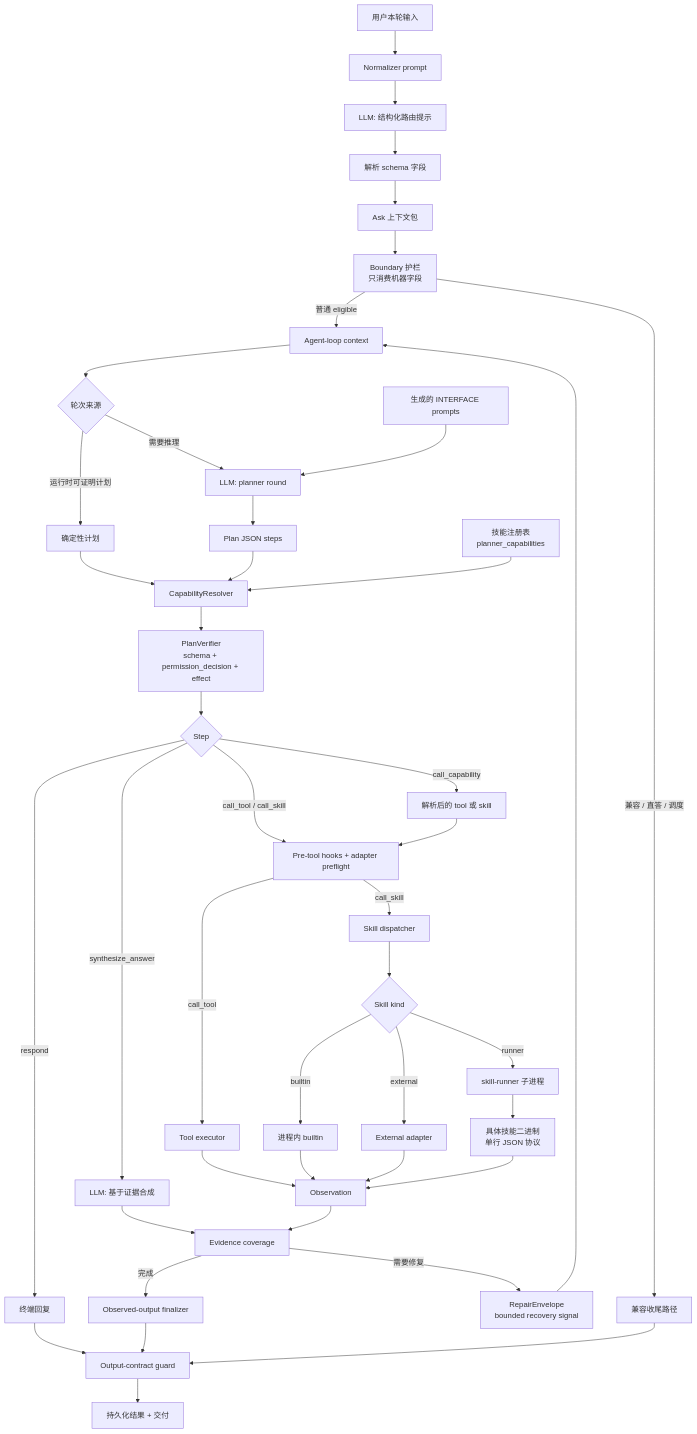
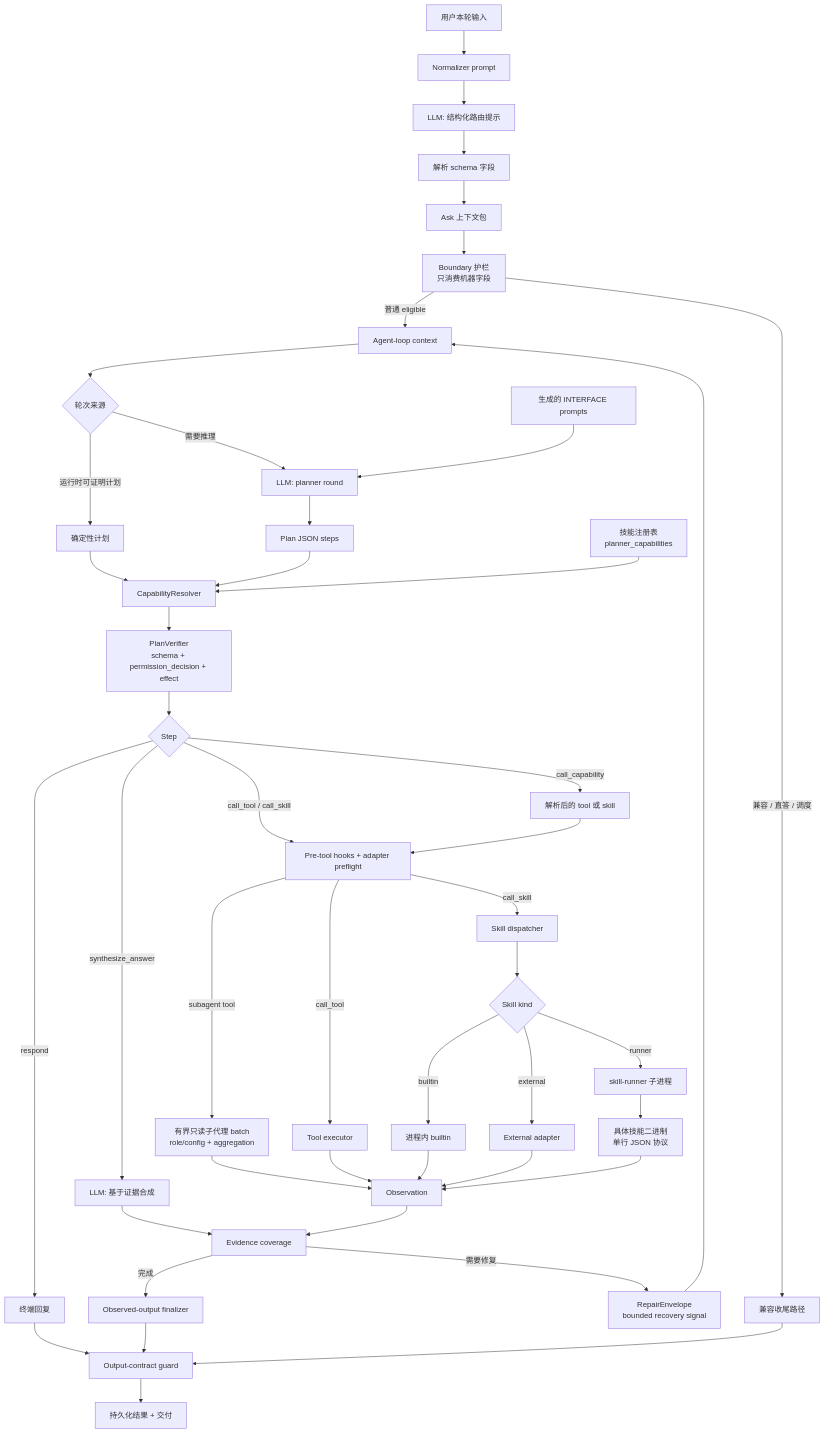
One commit to MatrixCoreX/RustClaw changed the second of 3 diagrams in README.zh-CN.md. Above: the diagram before and after it, drawn with Mermaid. The commit also changed other lines of this file and 1 other file, not shown here.

Commit message:
Document bounded subagent batch flow

````diff
--- a/README.zh-CN.md
+++ b/README.zh-CN.md
@@ -89,45 +89,47 @@
 ```mermaid
 flowchart TD
     A[用户本轮输入] --> B[Normalizer prompt]
     B --> C[LLM: 结构化路由提示]
     C --> D[解析 schema 字段]
     D --> E[Ask 上下文包]
     E --> F[Boundary 护栏<br/>只消费机器字段]
     F -->|普通 eligible| G[Agent-loop context]
     F -->|兼容 / 直答 / 调度| H[兼容收尾路径]
     G --> I{轮次来源}
     I -->|运行时可证明计划| J[确定性计划]
     I -->|需要推理| K[LLM: planner round]
     K --> L[Plan JSON steps]
     J --> M[CapabilityResolver]
     L --> M
     N[技能注册表<br/>planner_capabilities] --> M
     O[生成的 INTERFACE prompts] --> K
     M --> P[PlanVerifier<br/>schema + permission_decision + effect]
     P --> Q{Step}
     Q -->|call_capability| R[解析后的 tool 或 skill]
     Q -->|call_tool / call_skill| QA[Pre-tool hooks + adapter preflight]
     R --> QA
+    QA -->|subagent tool| SS[有界只读子代理 batch<br/>role/config + aggregation]
     QA -->|call_tool| S[Tool executor]
     QA -->|call_skill| T[Skill dispatcher]
     T --> U{Skill kind}
     U -->|builtin| V[进程内 builtin]
     U -->|external| W[External adapter]
     U -->|runner| X[skill-runner 子进程]
     X --> Y[具体技能二进制<br/>单行 JSON 协议]
+    SS --> Z
     S --> Z[Observation]
     V --> Z
     W --> Z
     Y --> Z
     Q -->|synthesize_answer| ZA[LLM: 基于证据合成]
     Q -->|respond| ZB[终端回复]
     ZA --> ZC[Evidence coverage]
     Z --> ZC
     ZC -->|需要修复| ZR[RepairEnvelope<br/>bounded recovery signal]
     ZR --> G
     ZC -->|完成| ZD[Observed-output finalizer]
     ZB --> ZE[Output-contract guard]
     ZD --> ZE
     H --> ZE
     ZE --> ZF[持久化结果 + 交付]
 ```
````
